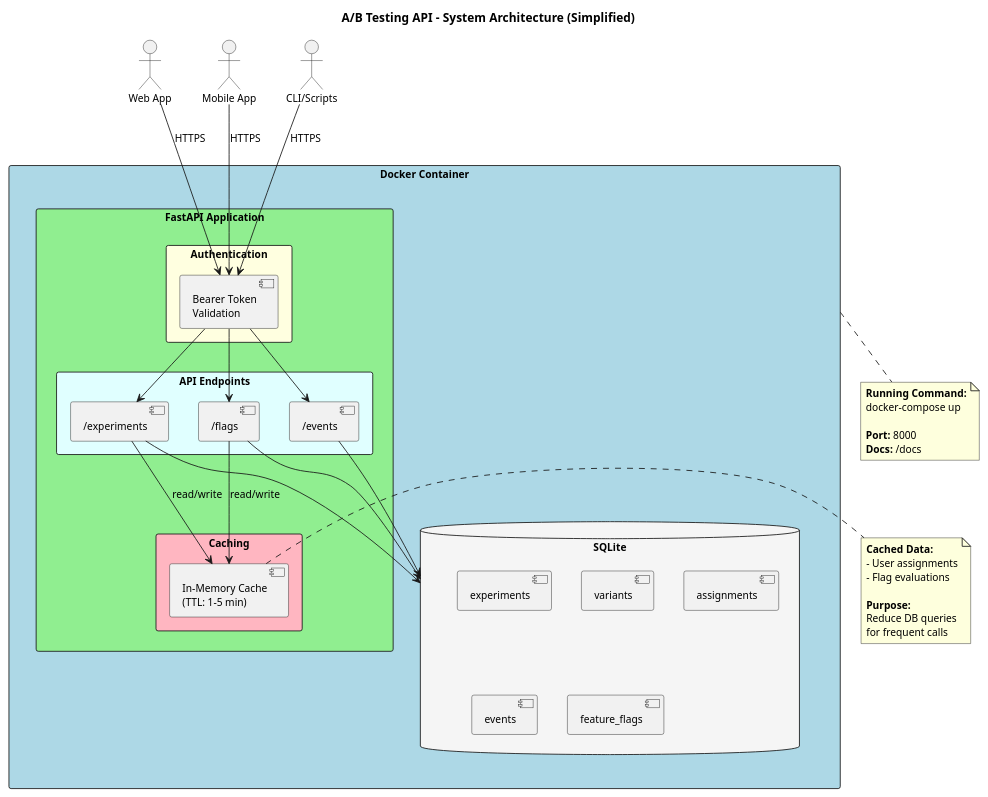
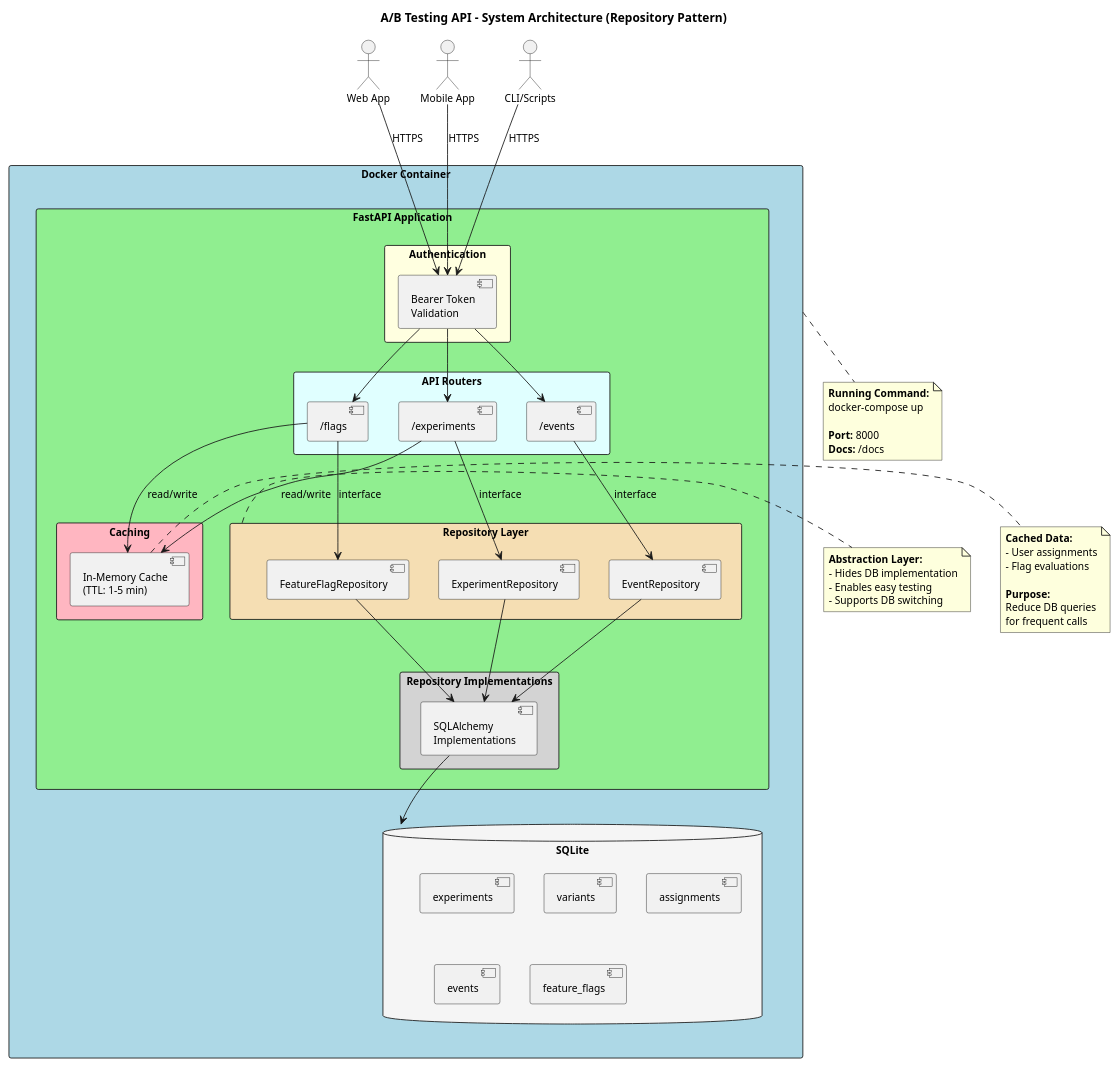
The diagram in docs/diagrams/system-architecture.puml (huangyingw/neonblue_ab_testing_api), drawn with PlantUML before and after one commit. The commit also changed 3 other files, not shown here.

First line of the commit message:
Update PlantUML diagrams for Repository pattern

```diff
--- a/docs/diagrams/system-architecture.puml
+++ b/docs/diagrams/system-architecture.puml
@@ -1,77 +1,100 @@
 @startuml System Architecture
 
 skinparam backgroundColor white
 skinparam defaultFontSize 12
 
-title A/B Testing API - System Architecture (Simplified)
+title A/B Testing API - System Architecture (Repository Pattern)
 
 ' ===== Clients =====
 actor "Web App" as Web
 actor "Mobile App" as Mobile
 actor "CLI/Scripts" as CLI
 
 ' ===== API Layer =====
 rectangle "Docker Container" as Docker #LightBlue {
 
     rectangle "FastAPI Application" as API #LightGreen {
 
         rectangle "Authentication" as AuthLayer #LightYellow {
             [Bearer Token\nValidation] as Auth
         }
 
-        rectangle "API Endpoints" as Endpoints #LightCyan {
+        rectangle "API Routers" as Endpoints #LightCyan {
             [/experiments] as Exp
             [/events] as Event
             [/flags] as Flags
         }
 
         rectangle "Caching" as CacheLayer #LightPink {
             [In-Memory Cache\n(TTL: 1-5 min)] as Cache
+        }
+
+        rectangle "Repository Layer" as RepoLayer #Wheat {
+            [ExperimentRepository] as ExpRepo
+            [EventRepository] as EventRepo
+            [FeatureFlagRepository] as FlagRepo
+        }
+
+        rectangle "Repository Implementations" as RepoImpl #LightGray {
+            [SQLAlchemy\nImplementations] as SQLAImpl
         }
     }
 
     database "SQLite" as DB #WhiteSmoke {
         [experiments]
         [variants]
         [assignments]
         [events]
         [feature_flags]
     }
 }
 
 ' ===== Connections =====
 Web --> Auth : HTTPS
 Mobile --> Auth : HTTPS
 CLI --> Auth : HTTPS
 
 Auth --> Exp
 Auth --> Event
 Auth --> Flags
 
 Exp --> Cache : read/write
 Flags --> Cache : read/write
 
-Exp --> DB
-Event --> DB
-Flags --> DB
+Exp --> ExpRepo : interface
+Event --> EventRepo : interface
+Flags --> FlagRepo : interface
+
+ExpRepo --> SQLAImpl
+EventRepo --> SQLAImpl
+FlagRepo --> SQLAImpl
+
+SQLAImpl --> DB
 
 ' ===== Notes =====
 note bottom of Docker
   **Running Command:**
   docker-compose up
 
   **Port:** 8000
   **Docs:** /docs
+end note
+
+note right of RepoLayer
+  **Abstraction Layer:**
+  - Hides DB implementation
+  - Enables easy testing
+  - Supports DB switching
 end note
 
 note right of Cache
   **Cached Data:**
   - User assignments
   - Flag evaluations
 
   **Purpose:**
   Reduce DB queries
   for frequent calls
 end note
 
 @enduml
```
